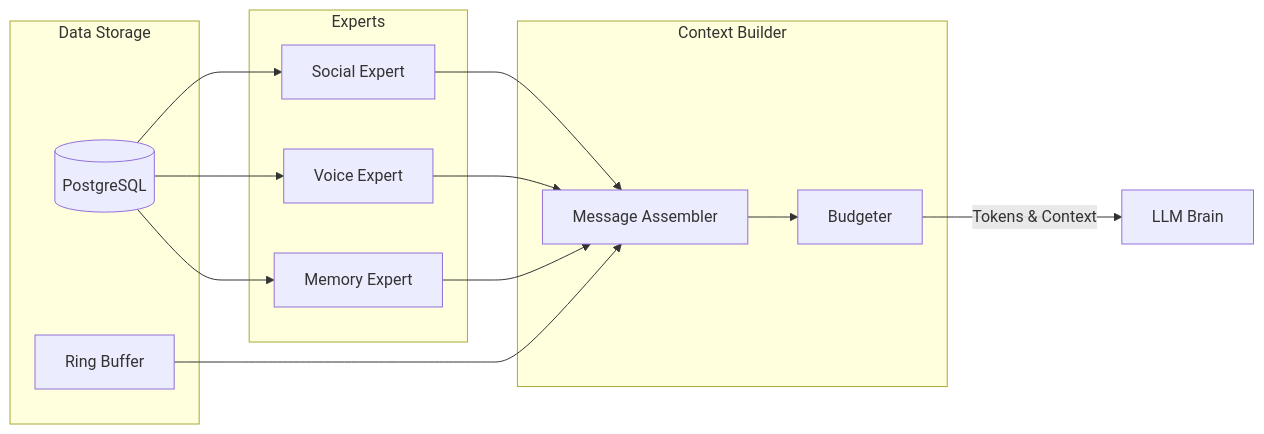
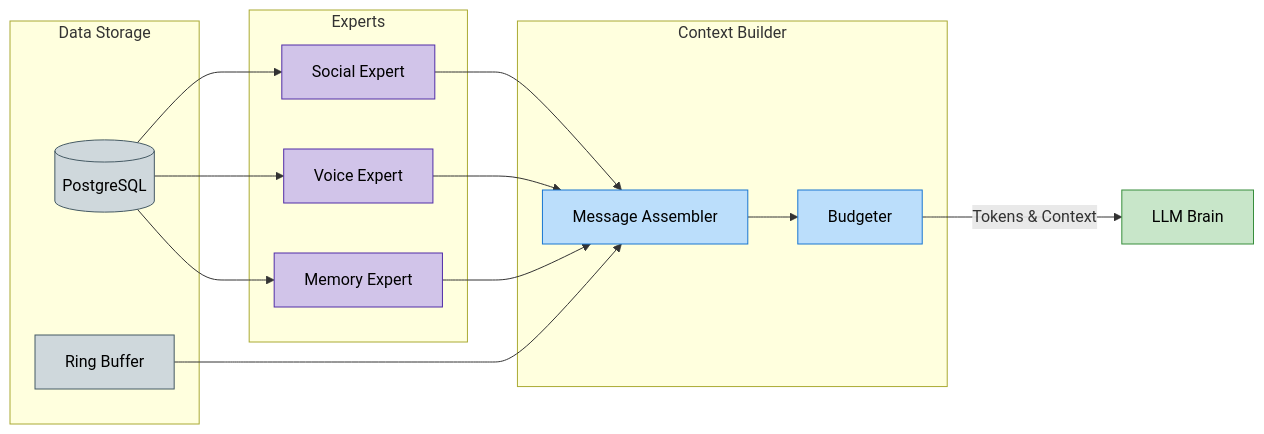
The first of 2 diagrams in docs/architecture/memory_system.md (BokX1/Sage), drawn with Mermaid before and after one commit. The commit also changed other lines of this file and 10 other files, not shown here.

````diff
--- a/docs/architecture/memory_system.md
+++ b/docs/architecture/memory_system.md
@@ -27,30 +27,36 @@
 ```mermaid
 graph LR
+    %% Styling
+    classDef storage fill:#cfd8dc,stroke:#455a64,color:black
+    classDef expert fill:#d1c4e9,stroke:#512da8,color:black
+    classDef builder fill:#bbdefb,stroke:#1976d2,color:black
+    classDef llm fill:#c8e6c9,stroke:#388e3c,color:black
+
     subgraph Core_Storage [Data Storage]
-        DB[(PostgreSQL)]
-        RB[Ring Buffer]
+        DB[(PostgreSQL)]:::storage
+        RB[Ring Buffer]:::storage
     end
 
     subgraph Experts [Experts]
-        SE[Social Expert]
-        VE[Voice Expert]
-        ME[Memory Expert]
+        SE[Social Expert]:::expert
+        VE[Voice Expert]:::expert
+        ME[Memory Expert]:::expert
     end
 
     subgraph Builder [Context Builder]
-        MB[Message Assembler]
-        Budget[Budgeter]
+        MB[Message Assembler]:::builder
+        Budget[Budgeter]:::builder
     end
 
     DB --> SE
     DB --> VE
     DB --> ME
     
     SE --> MB
     VE --> MB
     ME --> MB
     RB --> MB
     
     MB --> Budget
-    Budget -- "Tokens & Context" --> LLM[LLM Brain]
+    Budget -- "Tokens & Context" --> LLM[LLM Brain]:::llm
 ```
````
